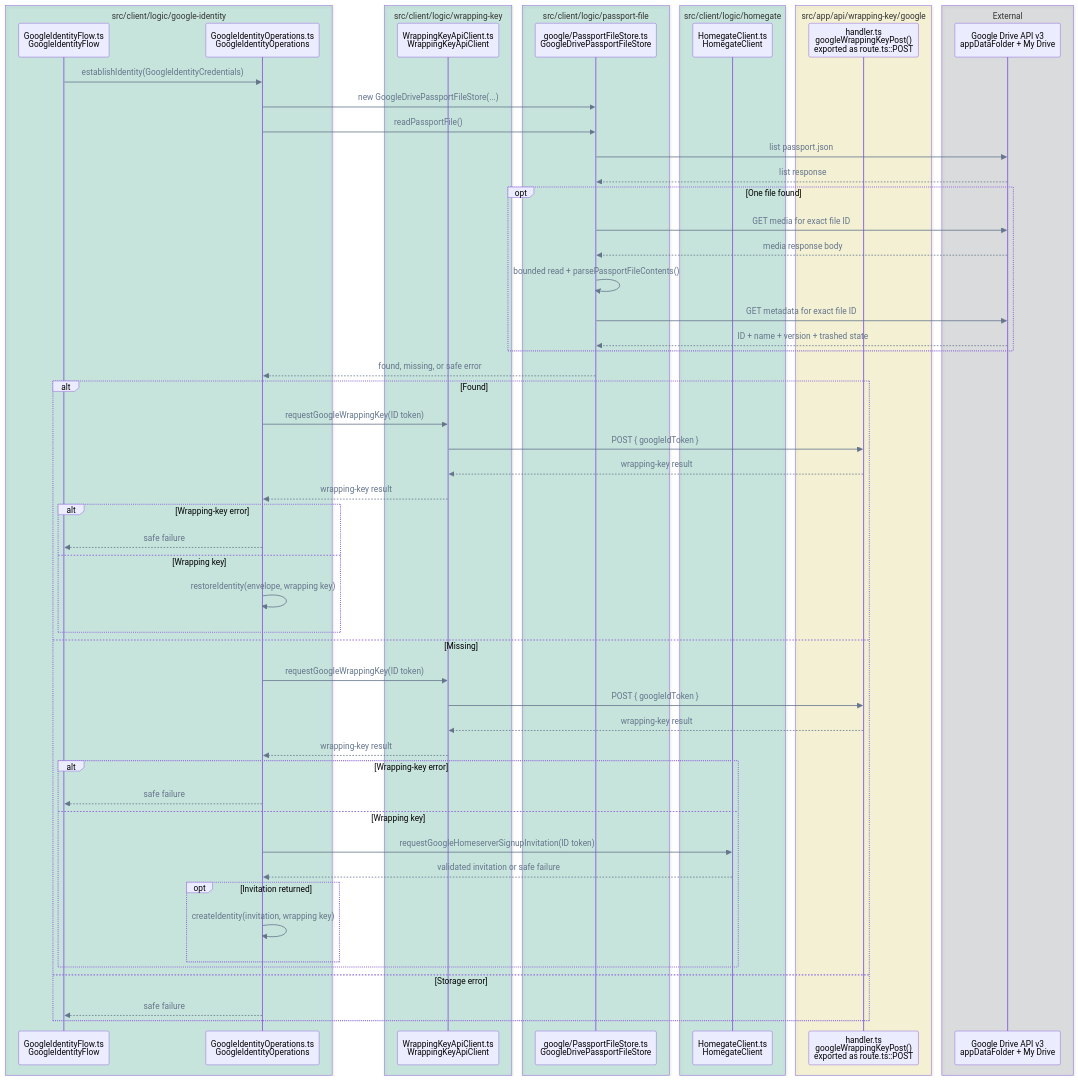
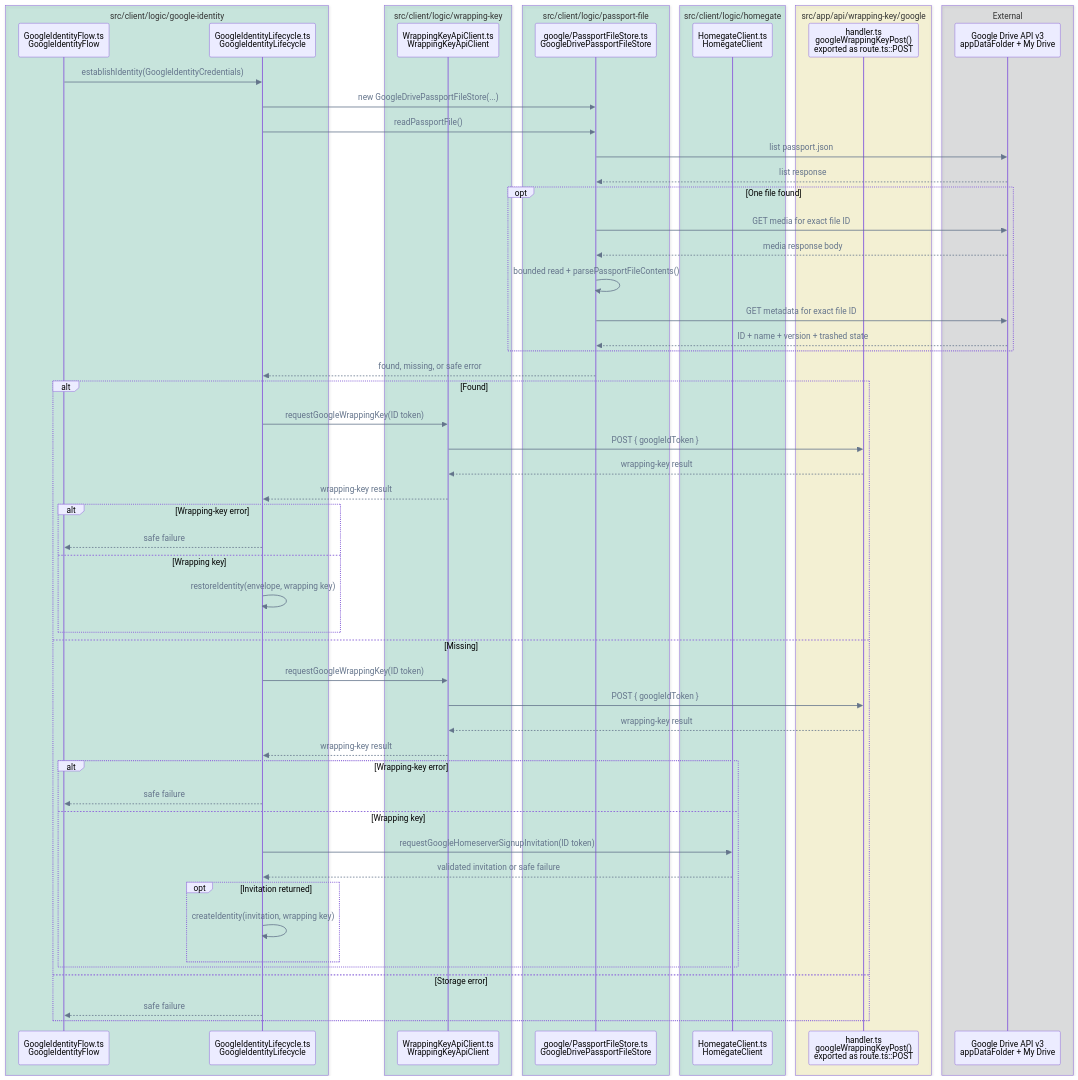
One commit to pubky/pubky-passport changed the eighth of 14 diagrams in FLOWS.md. Above: the diagram before and after it, drawn with Mermaid. The commit also changed other lines of this file and 15 other files, not shown here.

Commit message:
refactor: simplify passport file storage

````diff
--- a/FLOWS.md
+++ b/FLOWS.md
@@ -322,66 +322,66 @@
 ```mermaid
 %%{init: {"themeVariables": {"signalColor": "#64748B", "signalTextColor": "#64748B"}}}%%
 sequenceDiagram
     accTitle: Google-backed custody/recovery establishment call flow
-    accDescr: GoogleIdentityOperations reads the Google Drive Passport file first, then requests a wrapping key and either restores the found identity or requests a Homegate invitation before creating a missing identity, without passing the wrapping key to Drive storage.
+    accDescr: GoogleIdentityLifecycle reads the Google Drive Passport file first, then requests a wrapping key and either restores the found identity or requests a Homegate invitation before creating a missing identity, without passing the wrapping key to Drive storage.
     box rgba(0, 158, 115, 0.18) src/client/logic/google-identity
         participant GoogleFlow as GoogleIdentityFlow.ts<br/>GoogleIdentityFlow
-        participant Operations as GoogleIdentityOperations.ts<br/>GoogleIdentityOperations
+        participant Operations as GoogleIdentityLifecycle.ts<br/>GoogleIdentityLifecycle
     end
     box rgba(0, 158, 115, 0.18) src/client/logic/wrapping-key
         participant Wrapping as WrappingKeyApiClient.ts<br/>WrappingKeyApiClient
     end
     box rgba(0, 158, 115, 0.18) src/client/logic/passport-file
         participant DriveStore as google/PassportFileStore.ts<br/>GoogleDrivePassportFileStore
     end
     box rgba(0, 158, 115, 0.18) src/client/logic/homegate
         participant Invite as HomegateClient.ts<br/>HomegateClient
     end
     box rgba(240, 228, 66, 0.18) src/app/api/wrapping-key/google
         participant API as handler.ts<br/>googleWrappingKeyPost()<br/>exported as route.ts::POST
     end
     box rgba(17, 24, 39, 0.12) External
         participant Drive as Google Drive API v3<br/>appDataFolder + My Drive
     end
 
     GoogleFlow->>Operations: establishIdentity(GoogleIdentityCredentials)
     Operations->>DriveStore: new GoogleDrivePassportFileStore(...)
     Operations->>DriveStore: readPassportFile()
     DriveStore->>Drive: list passport.json
     Drive-->>DriveStore: list response
     opt One file found
         DriveStore->>Drive: GET media for exact file ID
         Drive-->>DriveStore: media response body
         DriveStore->>DriveStore: bounded read + parsePassportFileContents()
         DriveStore->>Drive: GET metadata for exact file ID
         Drive-->>DriveStore: ID + name + version + trashed state
     end
     DriveStore-->>Operations: found, missing, or safe error
     alt Found
         Operations->>Wrapping: requestGoogleWrappingKey(ID token)
         Wrapping->>API: POST { googleIdToken }
         API-->>Wrapping: wrapping-key result
         Wrapping-->>Operations: wrapping-key result
         alt Wrapping-key error
             Operations-->>GoogleFlow: safe failure
         else Wrapping key
             Operations->>Operations: restoreIdentity(envelope, wrapping key)
         end
     else Missing
         Operations->>Wrapping: requestGoogleWrappingKey(ID token)
         Wrapping->>API: POST { googleIdToken }
         API-->>Wrapping: wrapping-key result
         Wrapping-->>Operations: wrapping-key result
         alt Wrapping-key error
             Operations-->>GoogleFlow: safe failure
         else Wrapping key
             Operations->>Invite: requestGoogleHomeserverSignupInvitation(ID token)
             Invite-->>Operations: validated invitation or safe failure
             opt Invitation returned
                 Operations->>Operations: createIdentity(invitation, wrapping key)
             end
         end
     else Storage error
         Operations-->>GoogleFlow: safe failure
     end
 ```
````
